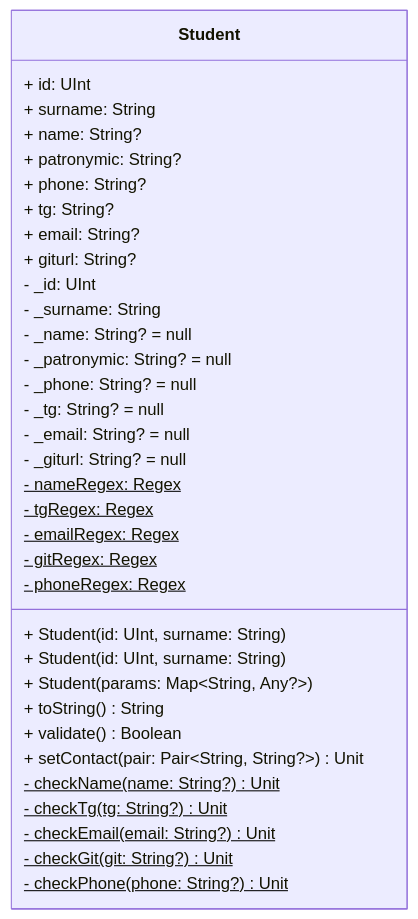
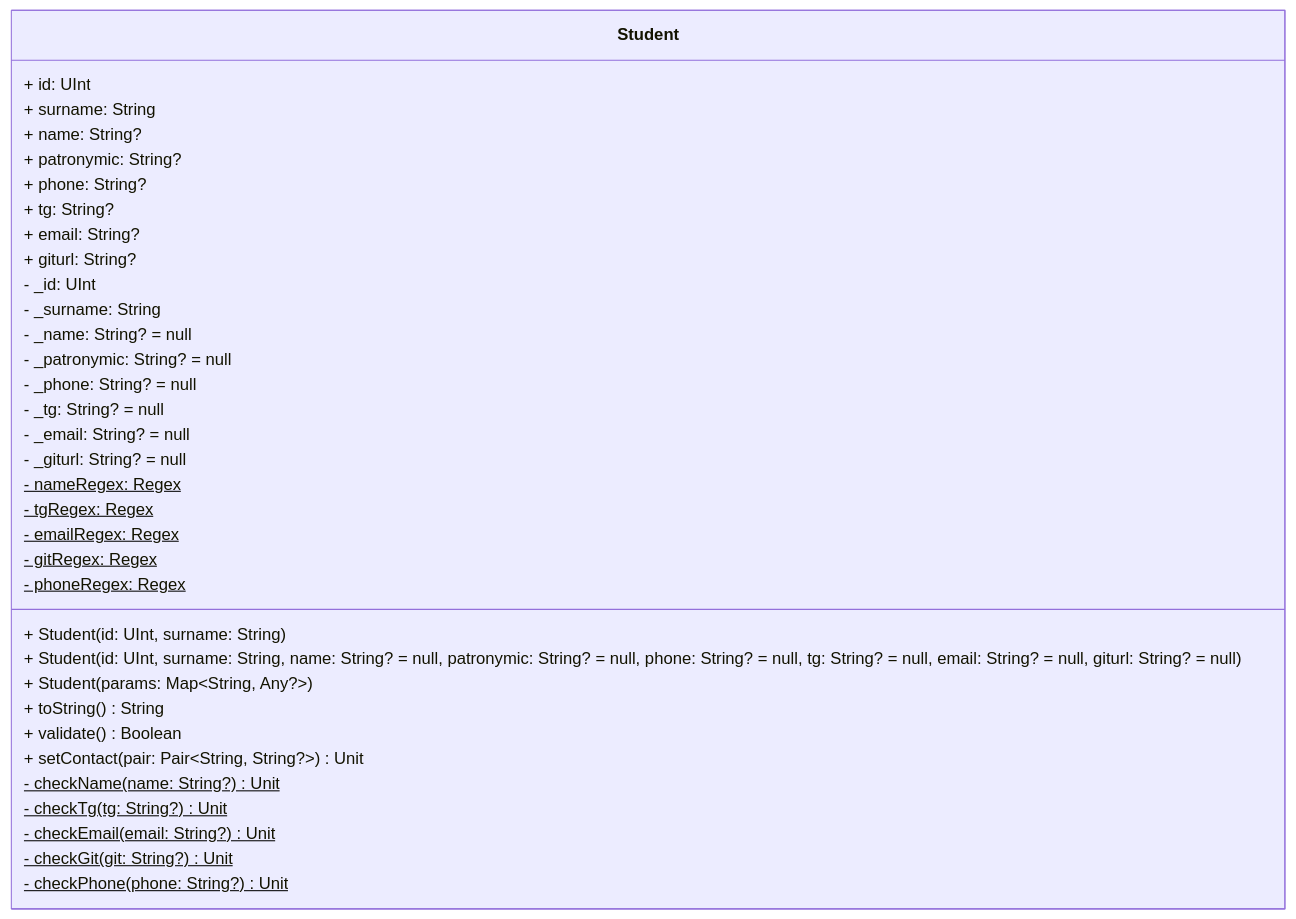
One commit to black-lemonov/KotlinPatterns changed the diagram in src/lab1/UML.md. Above: the diagram before and after it, drawn with Mermaid.

Commit message:
лр1: мега последний коммит

````diff
--- a/src/lab1/UML.md
+++ b/src/lab1/UML.md
@@ -2,40 +2,40 @@
 ```mermaid
 ---
 Class Student
 ---
 classDiagram
 class Student {
     + id: UInt
     + surname: String
     + name: String?
     + patronymic: String?
     + phone: String?
     + tg: String?
     + email: String?
     + giturl: String?
     - _id: UInt
     - _surname: String
     - _name: String? = null
     - _patronymic: String? = null
     - _phone: String? = null
     - _tg: String? = null
     - _email: String? = null
     - _giturl: String? = null
     - nameRegex: Regex$
     - tgRegex: Regex$
     - emailRegex: Regex$
     - gitRegex: Regex$
     - phoneRegex: Regex$
     + Student(id: UInt, surname: String)
-    + Student(id: UInt, surname: String)
+    + Student(id: UInt, surname: String, name: String? = null, patronymic: String? = null, phone: String? = null, tg: String? = null, email: String? = null, giturl: String? = null)
     + Student(params: Map~String, Any?~)
     + toString() String
     + validate() Boolean
     + setContact(pair: Pair~String, String?~) Unit
     - checkName(name: String?) Unit$
     - checkTg(tg: String?) Unit$
     - checkEmail(email: String?) Unit$
     - checkGit(git: String?) Unit$
     - checkPhone(phone: String?) Unit$
 }
 ```
````
